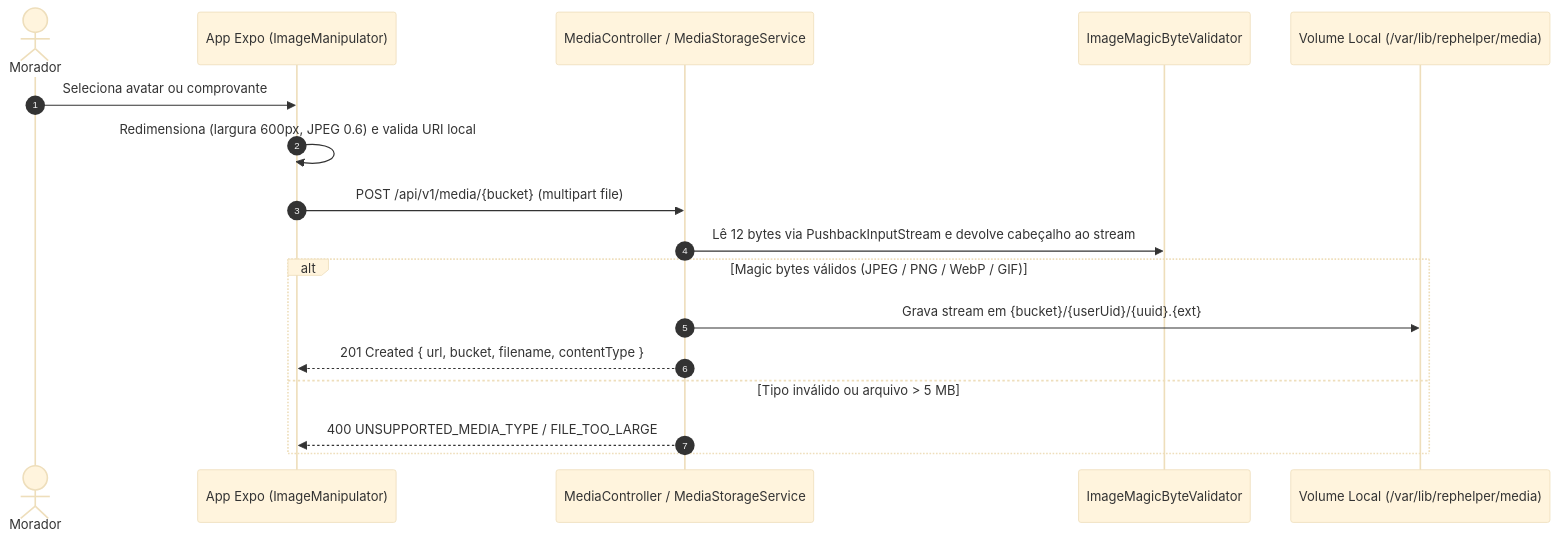
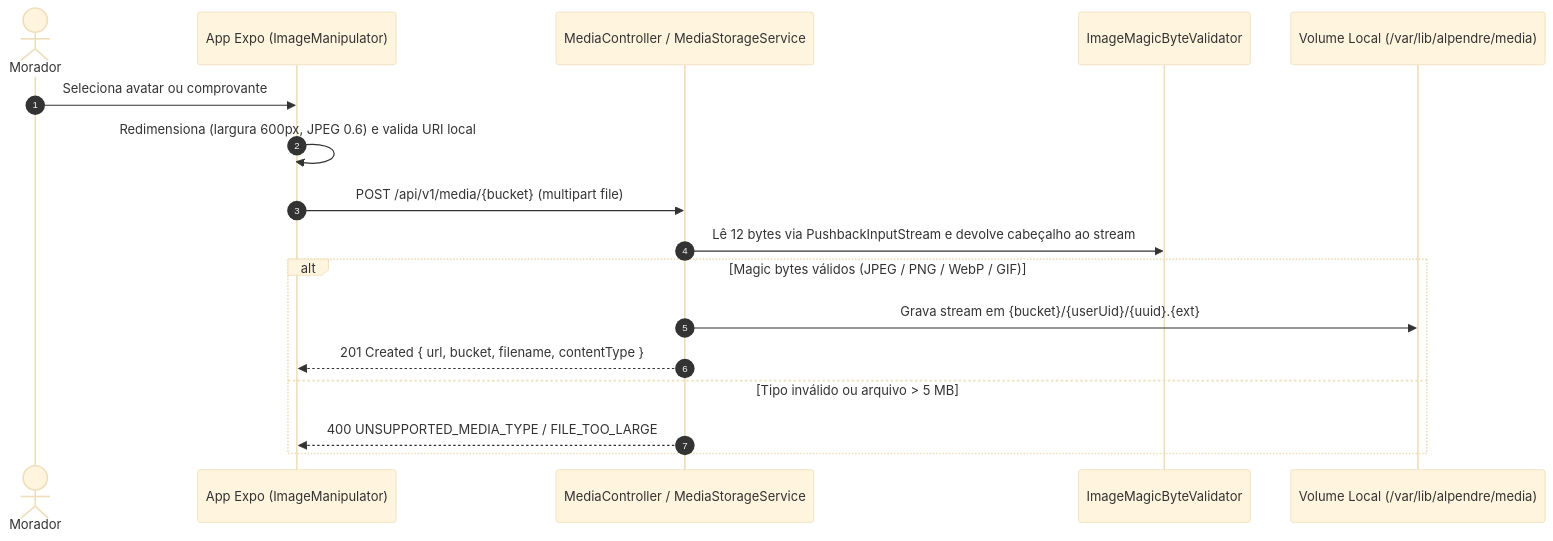
The eighth of 8 diagrams in docs/arquitetura-e-modelagem/diagramas-de-estados-e-sequencia.md (leosaponisouza/rep-helper), drawn with Mermaid (base theme) before and after one commit. The commit also changed other lines of this file and 11 other files, not shown here.

Commit message:
docs: rewrite architecture, data model, API spec, and product docs for Alpendre

````diff
--- a/docs/arquitetura-e-modelagem/diagramas-de-estados-e-sequencia.md
+++ b/docs/arquitetura-e-modelagem/diagramas-de-estados-e-sequencia.md
@@ -130,20 +175,20 @@
 ```mermaid
 sequenceDiagram
     autonumber
     actor User as Morador
     participant App as App Expo (ImageManipulator)
     participant MediaCtrl as MediaController / MediaStorageService
     participant Validator as ImageMagicByteValidator
-    participant Disk as Volume Local (/var/lib/rephelper/media)
+    participant Disk as Volume Local (/var/lib/alpendre/media)
 
     User->>App: Seleciona avatar ou comprovante
     App->>App: Redimensiona (largura 600px, JPEG 0.6) e valida URI local
     App->>MediaCtrl: POST /api/v1/media/{bucket} (multipart file)
     MediaCtrl->>Validator: Lê 12 bytes via PushbackInputStream e devolve cabeçalho ao stream
     alt Magic bytes válidos (JPEG / PNG / WebP / GIF)
         MediaCtrl->>Disk: Grava stream em {bucket}/{userUid}/{uuid}.{ext}
         MediaCtrl-->>App: 201 Created { url, bucket, filename, contentType }
     else Tipo inválido ou arquivo > 5 MB
         MediaCtrl-->>App: 400 UNSUPPORTED_MEDIA_TYPE / FILE_TOO_LARGE
     end
 ```
````
